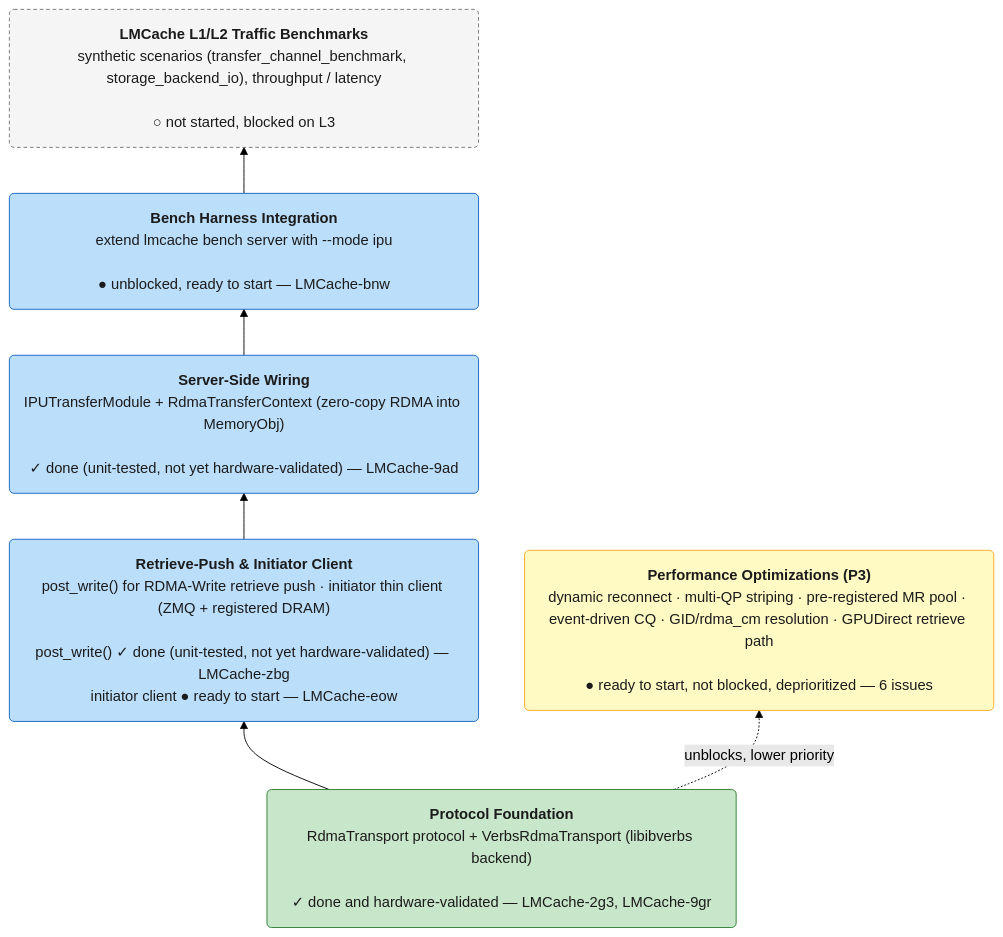
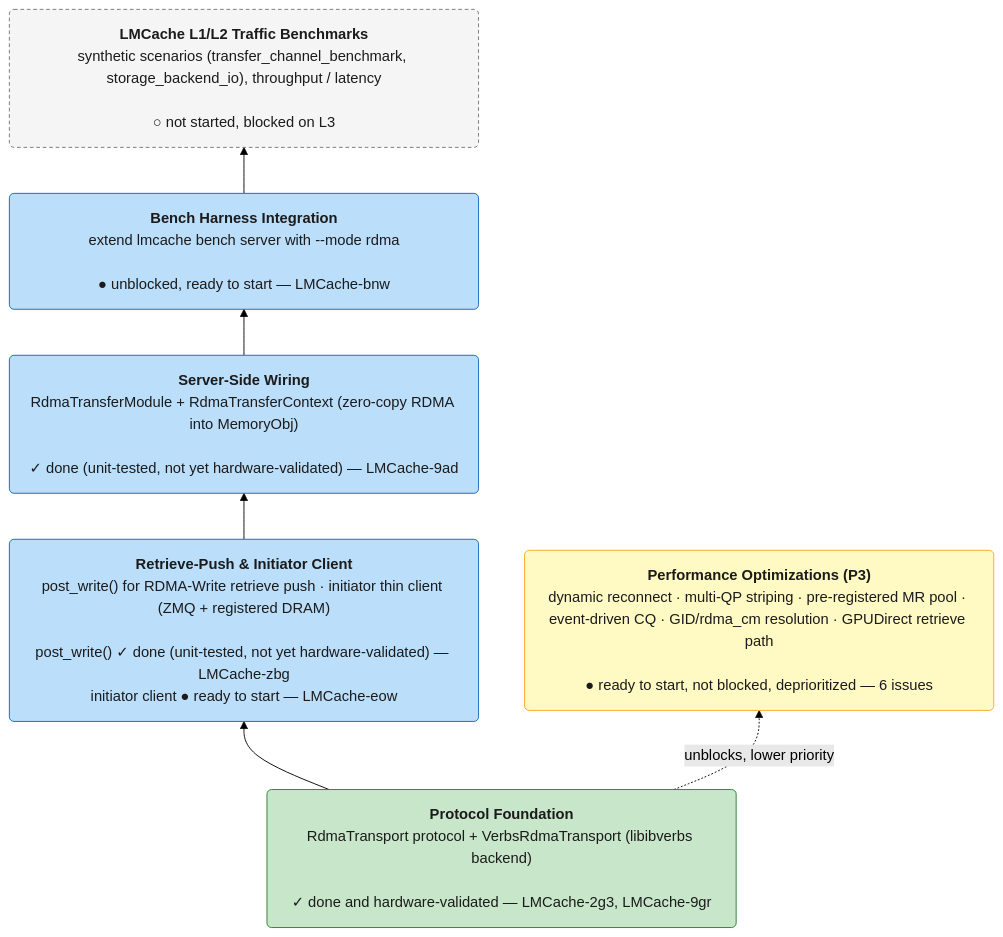
The diagram in docs/design/v1/platform/rdma-dev-status-stack.mmd (tsg-/LMCache), drawn with Mermaid (forest theme) before and after one commit. The commit also changed 25 other files, not shown here.

First line of the commit message:
refactor: rename IPU→RDMA throughout platform and multiprocess layers (LMCache-zwd)

```diff
--- a/docs/design/v1/platform/rdma-dev-status-stack.mmd
+++ b/docs/design/v1/platform/rdma-dev-status-stack.mmd
@@ -1,21 +1,21 @@
 graph BT
     L0("<div style='width:480px'><b>Protocol Foundation</b><br/>RdmaTransport protocol + VerbsRdmaTransport (libibverbs backend)<br/><br/>✓ done and hardware-validated &mdash; LMCache-2g3, LMCache-9gr</div>")
     L1("<div style='width:480px'><b>Retrieve-Push &amp; Initiator Client</b><br/>post_write() for RDMA-Write retrieve push &middot; initiator thin client (ZMQ + registered DRAM)<br/><br/>post_write() ✓ done (unit-tested, not yet hardware-validated) &mdash; LMCache-zbg<br/>initiator client ● ready to start &mdash; LMCache-eow</div>")
-    L2("<div style='width:480px'><b>Server-Side Wiring</b><br/>IPUTransferModule + RdmaTransferContext (zero-copy RDMA into MemoryObj)<br/><br/>✓ done (unit-tested, not yet hardware-validated) &mdash; LMCache-9ad</div>")
-    L3("<div style='width:480px'><b>Bench Harness Integration</b><br/>extend lmcache bench server with --mode ipu<br/><br/>● unblocked, ready to start &mdash; LMCache-bnw</div>")
+    L2("<div style='width:480px'><b>Server-Side Wiring</b><br/>RdmaTransferModule + RdmaTransferContext (zero-copy RDMA into MemoryObj)<br/><br/>✓ done (unit-tested, not yet hardware-validated) &mdash; LMCache-9ad</div>")
+    L3("<div style='width:480px'><b>Bench Harness Integration</b><br/>extend lmcache bench server with --mode rdma<br/><br/>● unblocked, ready to start &mdash; LMCache-bnw</div>")
     L4("<div style='width:480px'><b>LMCache L1/L2 Traffic Benchmarks</b><br/>synthetic scenarios (transfer_channel_benchmark, storage_backend_io), throughput / latency<br/><br/>○ not started, blocked on L3</div>")
     SIDE("<div style='width:480px'><b>Performance Optimizations (P3)</b><br/>dynamic reconnect &middot; multi-QP striping &middot; pre-registered MR pool &middot; event-driven CQ &middot; GID/rdma_cm resolution &middot; GPUDirect retrieve path<br/><br/>● ready to start, not blocked, deprioritized &mdash; 6 issues</div>")
 
     L0 --> L1 --> L2 --> L3 --> L4
     L0 -.unblocks, lower priority.-> SIDE
 
     classDef done fill:#c8e6c9,stroke:#2e7d32,stroke-width:1px,color:#1b1b1b
     classDef ready fill:#bbdefb,stroke:#1565c0,stroke-width:1px,color:#1b1b1b
     classDef blocked fill:#f5f5f5,stroke:#757575,stroke-width:1px,stroke-dasharray:4 3,color:#1b1b1b
     classDef notstarted fill:#f5f5f5,stroke:#757575,stroke-width:1px,stroke-dasharray:4 3,color:#1b1b1b
     classDef backlog fill:#fff9c4,stroke:#f9a825,stroke-width:1px,color:#1b1b1b
 
     class L0 done
     class L1,L2,L3 ready
     class L4 notstarted
     class SIDE backlog
```
